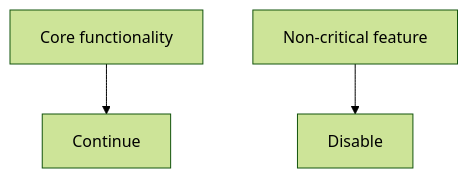
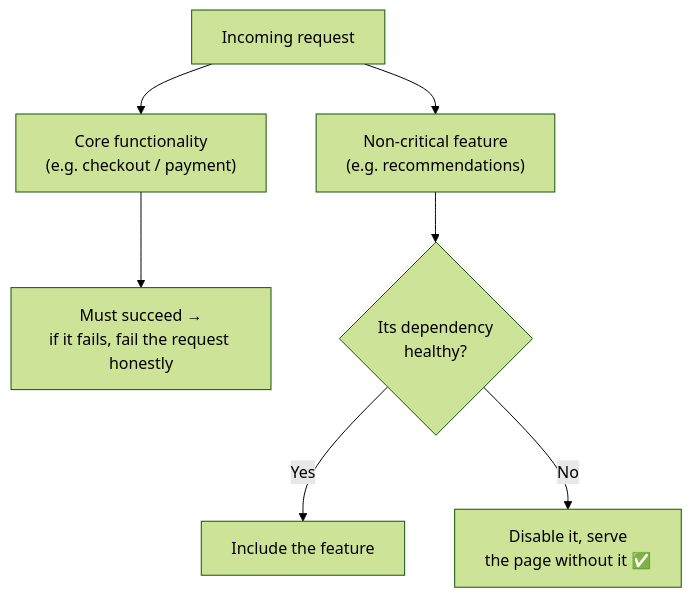
Diagram 17 of 22 in files/08-edge-cases/Tier-6-Advanced-Distributed-Systems.md (pankajThakur1874/studysheet), drawn with Mermaid (forest theme) before and after one commit. The commit also changed other lines of this file and 5 other files, not shown here.

````diff
--- a/files/08-edge-cases/Tier-6-Advanced-Distributed-Systems.md
+++ b/files/08-edge-cases/Tier-6-Advanced-Distributed-Systems.md
@@ -409,5 +856,9 @@
 ```mermaid
 flowchart TD
-    Core["Core functionality"] --> Continue["Continue"]
-    NC["Non-critical feature"] --> Disable["Disable"]
+    REQ["Incoming request"] --> CORE["Core functionality<br/>(e.g. checkout / payment)"]
+    REQ --> NC["Non-critical feature<br/>(e.g. recommendations)"]
+    CORE --> CONT["Must succeed →<br/>if it fails, fail the request honestly"]
+    NC --> DEP{"Its dependency<br/>healthy?"}
+    DEP -->|Yes| SHOW["Include the feature"]
+    DEP -->|No| SKIP["Disable it, serve<br/>the page without it ✅"]
 ```
````
